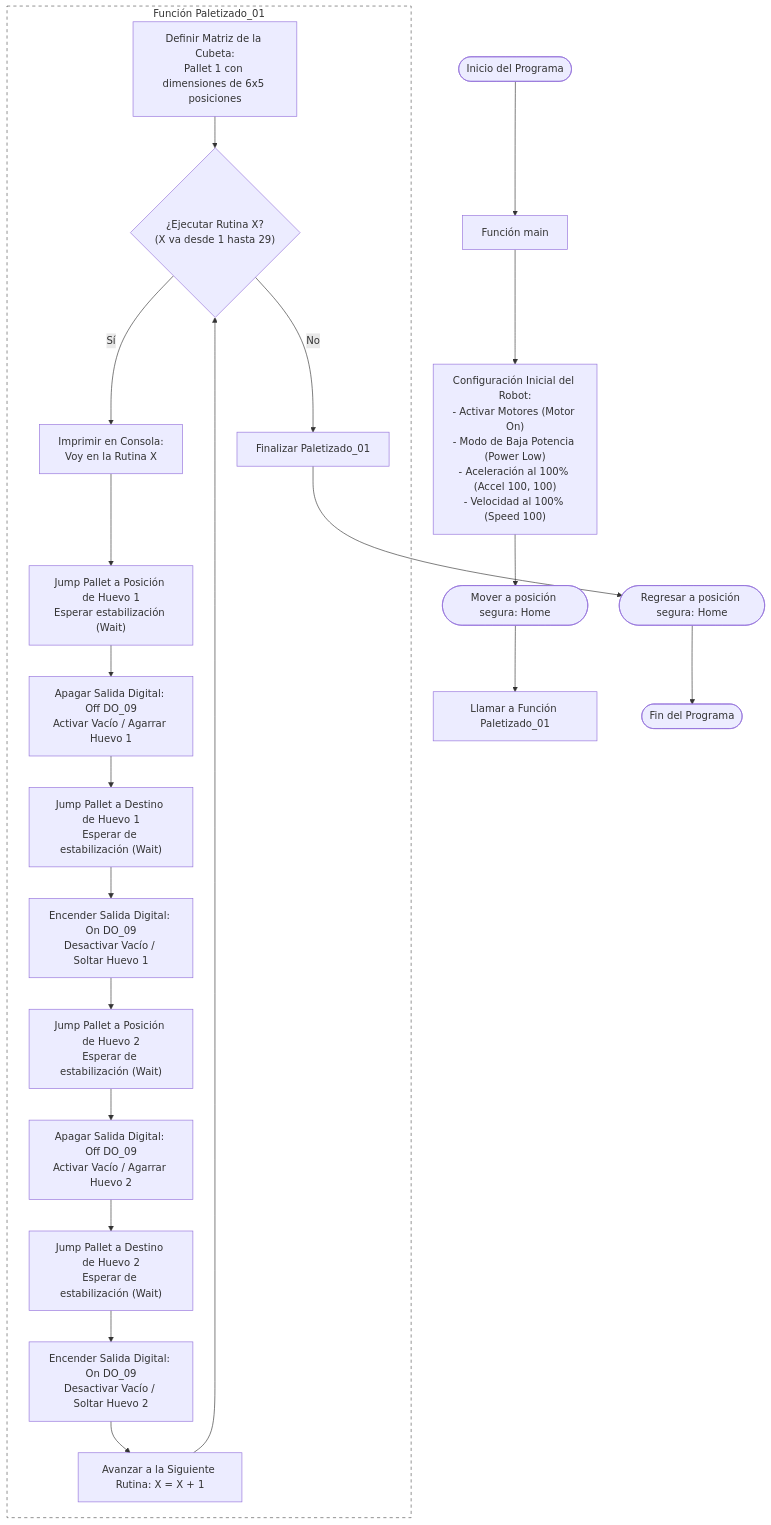
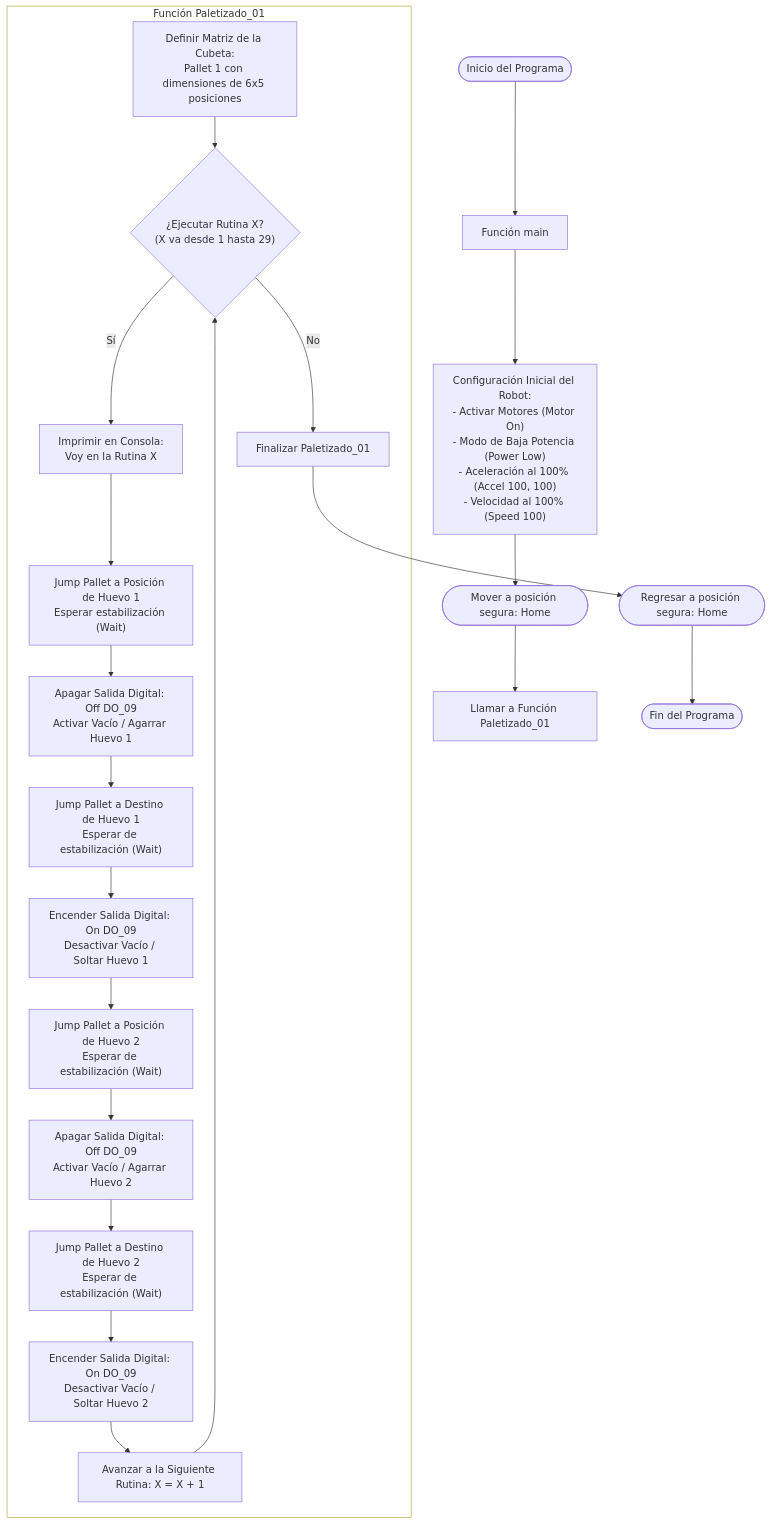
The diagram in Laboratorio No. 03 - Robótica Industrial EPSON T3 401S y EPSON RC+/README.MD (labsir-un/Robotica-2026-I-Equipo-3C-Moreno-Ramos), drawn with Mermaid before and after one commit.

````diff
--- a/Laboratorio No. 03 - Robótica Industrial EPSON T3 401S y EPSON RC+/README.MD
+++ b/Laboratorio No. 03 - Robótica Industrial EPSON T3 401S y EPSON RC+/README.MD
@@ -212,36 +212,36 @@
 ```mermaid
 flowchart TD
     Start([Inicio del Programa]) --> Main["Función main"]
     Main --> Init["Configuración Inicial del Robot:<br>- Activar Motores (Motor On)<br>- Modo de Baja Potencia (Power Low)<br>- Aceleración al 100% (Accel 100, 100)<br>- Velocidad al 100% (Speed 100)"]
     Init --> GoHome1(["Mover a posición segura: Home"])
     GoHome1 --> CallRoutine["Llamar a Función Paletizado_01"]
     
     subgraph Paletizado_01 ["Función Paletizado_01"]
         DefPallet["Definir Matriz de la Cubeta:<br>Pallet 1 con dimensiones de 6x5 posiciones"] --> RoutineLoop{"¿Ejecutar Rutina X?<br>(X va desde 1 hasta 29)"}
         
         RoutineLoop -- Sí --> PrintMsg["Imprimir en Consola:<br>Voy en la Rutina X"]
         
         PrintMsg --> PickH1["Jump Pallet a Posición de Huevo 1<br>Esperar estabilización (Wait)"]
         PickH1 --> GrabH1["Apagar Salida Digital: Off DO_09<br>Activar Vacío / Agarrar Huevo 1"]
         
         GrabH1 --> DropH1["Jump Pallet a Destino de Huevo 1<br>Esperar de estabilización (Wait)"]
         DropH1 --> ReleaseH1["Encender Salida Digital: On DO_09<br>Desactivar Vacío / Soltar Huevo 1"]
         
         ReleaseH1 --> PickH2["Jump Pallet a Posición de Huevo 2<br>Esperar de estabilización (Wait)"]
         PickH2 --> GrabH2["Apagar Salida Digital: Off DO_09<br>Activar Vacío / Agarrar Huevo 2"]
         
         GrabH2 --> DropH2["Jump Pallet a Destino de Huevo 2<br>Esperar de estabilización (Wait)"]
         DropH2 --> ReleaseH2["Encender Salida Digital: On DO_09<br>Desactivar Vacío / Soltar Huevo 2"]
         
         ReleaseH2 --> NextRoutine["Avanzar a la Siguiente Rutina: X = X + 1"]
         NextRoutine --> RoutineLoop
         
         RoutineLoop -- No --> EndRoutine["Finalizar Paletizado_01"]
     end
 
     EndRoutine --> GoHome2(["Regresar a posición segura: Home"])
     GoHome2 --> EndProg([Fin del Programa])
 
     %% Estilos para volver invisible el fondo y borde del recuadro del subgraph
-    style Paletizado_01 fill:transparent,stroke:#555,stroke-width:1px,stroke-dasharray: 5 5
+    style Paletizado_01 fill:transparent
 ```
````
